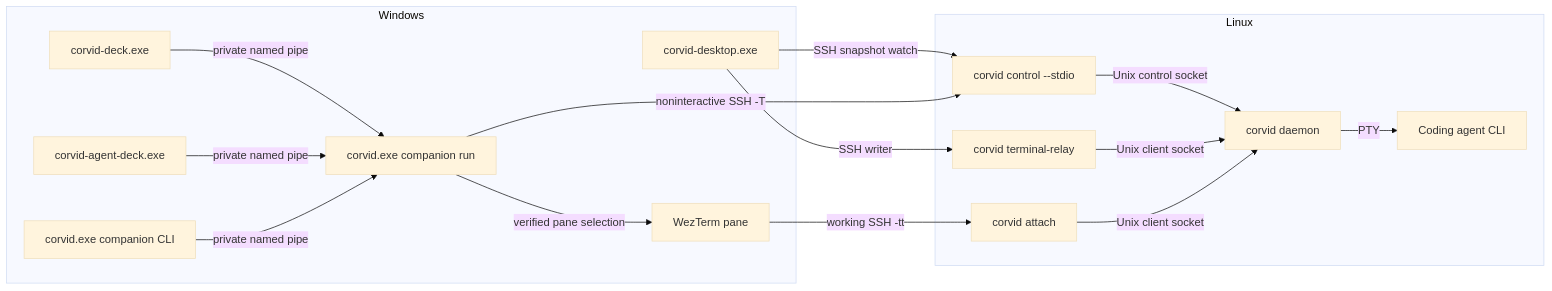
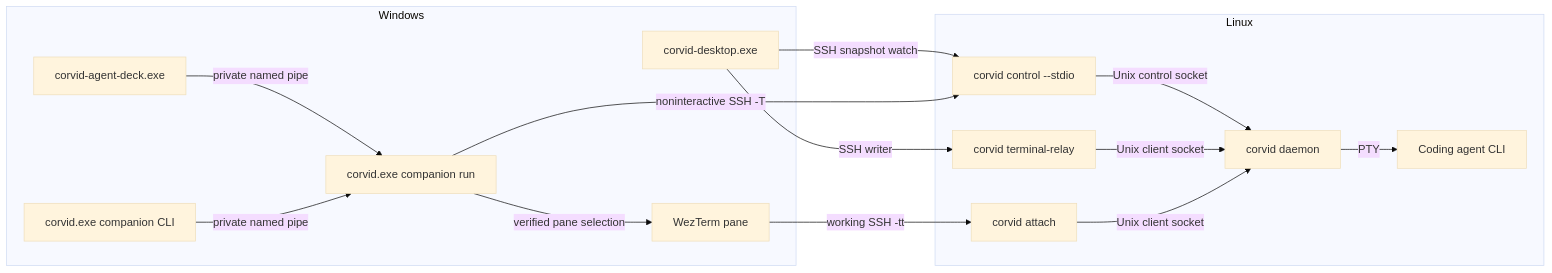
Before and after one commit to DosangGu/corvid: the diagram in docs/04_companion.md, drawn with Mermaid (base theme). The commit also changed other lines of this file and 36 other files, not shown here.

````diff
--- a/docs/04_companion.md
+++ b/docs/04_companion.md
@@ -474,30 +472,28 @@
 ```mermaid
 flowchart LR
     subgraph Windows
         Desktop["corvid-desktop.exe"]
-        Deck["corvid-deck.exe"]
         Board["corvid-agent-deck.exe"]
         CLI["corvid.exe companion CLI"]
         Companion["corvid.exe companion run"]
         WezTerm["WezTerm pane"]
-        Deck -->|"private named pipe"| Companion
         Board -->|"private named pipe"| Companion
         CLI -->|"private named pipe"| Companion
         Companion -->|"verified pane selection"| WezTerm
     end
     subgraph Linux
         WriterRelay["corvid terminal-relay"]
         Relay["corvid control --stdio"]
         TUI["corvid attach"]
         Daemon["corvid daemon"]
         Agent["Coding agent CLI"]
         Relay -->|"Unix control socket"| Daemon
         WriterRelay -->|"Unix client socket"| Daemon
         TUI -->|"Unix client socket"| Daemon
         Daemon -->|"PTY"| Agent
     end
     Desktop -->|"SSH writer"| WriterRelay
     Desktop -->|"SSH snapshot watch"| Relay
     Companion -->|"noninteractive SSH -T"| Relay
     WezTerm -->|"working SSH -tt"| TUI
 ```
````
